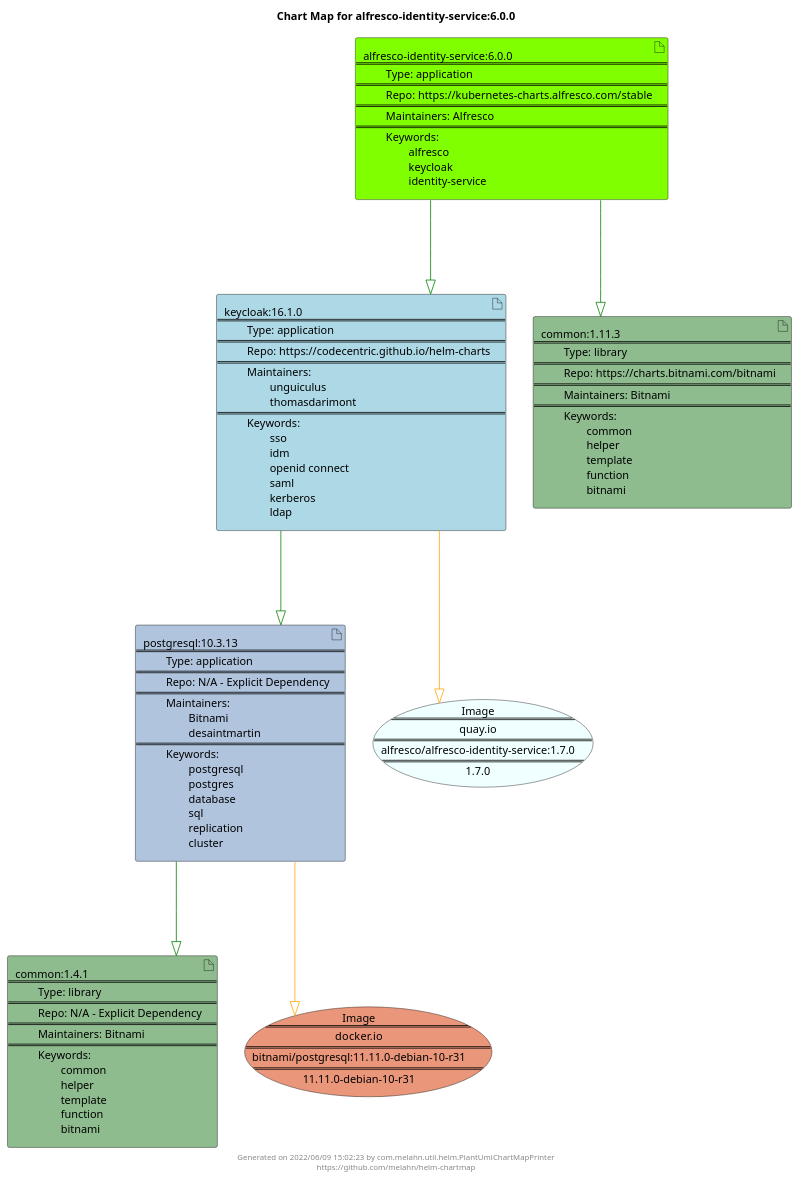
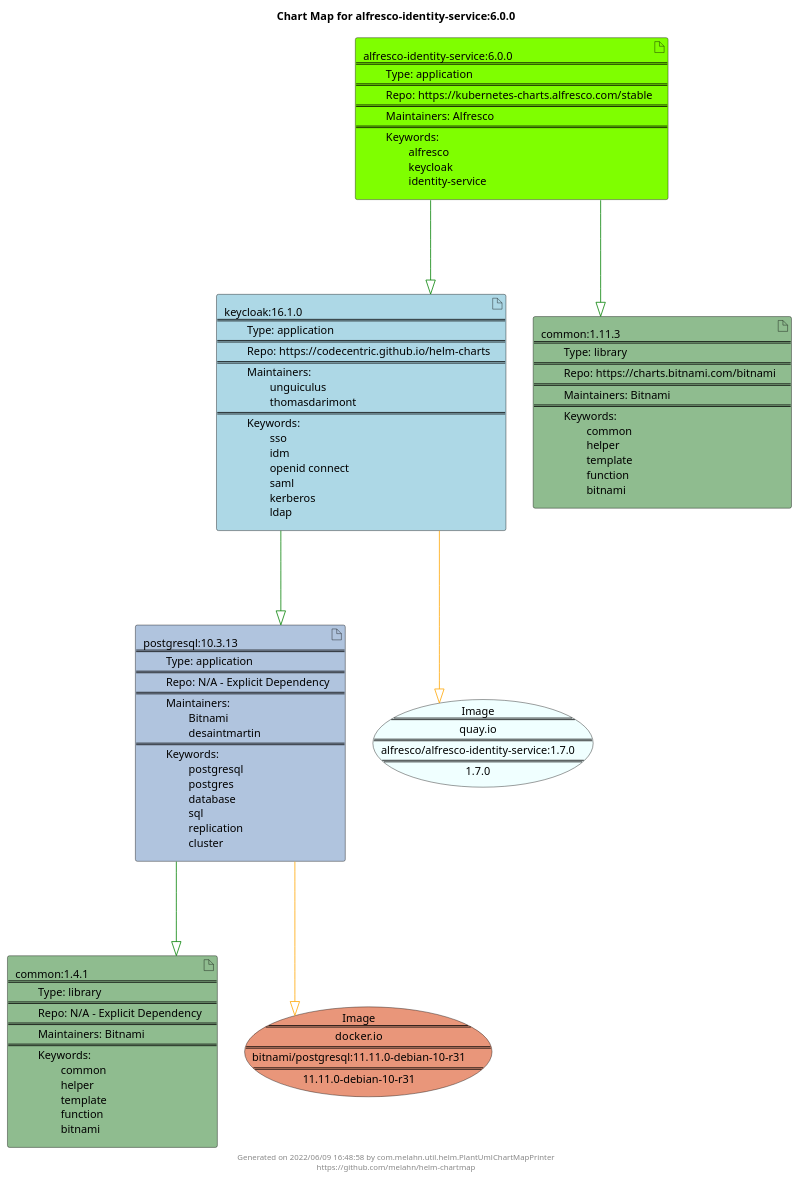
Before and after one commit to melahn/helm-chartmap: the diagram in docs/alfresco-identity-service/alfresco-identity-service-6.0.0.puml, drawn with PlantUML. The commit also changed 59 other files, not shown here.

Commit message:
Update Example Chart Maps as part of GitHub build

```diff
--- a/docs/alfresco-identity-service/alfresco-identity-service-6.0.0.puml
+++ b/docs/alfresco-identity-service/alfresco-identity-service-6.0.0.puml
@@ -1,31 +1,31 @@
 @startuml
 skinparam linetype ortho
 skinparam backgroundColor white
 skinparam usecaseBorderColor black
 skinparam usecaseArrowColor LightSlateGray
 skinparam artifactBorderColor black
 skinparam artifactArrowColor LightSlateGray
 
 title Chart Map for alfresco-identity-service:6.0.0
 
 'There are 5 referenced Helm Charts
 artifact "common:1.4.1\n====\n\tType: library\n====\n\tRepo: N/A - Explicit Dependency\n====\n\tMaintainers: Bitnami\n====\n\tKeywords: \n\t\tcommon\n\t\thelper\n\t\ttemplate\n\t\tfunction\n\t\tbitnami" as common_1_4_1 #DarkSeaGreen
 artifact "keycloak:16.1.0\n====\n\tType: application\n====\n\tRepo: https://codecentric.github.io/helm-charts\n====\n\tMaintainers: \n\t\tunguiculus\n\t\tthomasdarimont\n====\n\tKeywords: \n\t\tsso\n\t\tidm\n\t\topenid connect\n\t\tsaml\n\t\tkerberos\n\t\tldap" as keycloak_16_1_0 #LightBlue
 artifact "postgresql:10.3.13\n====\n\tType: application\n====\n\tRepo: N/A - Explicit Dependency\n====\n\tMaintainers: \n\t\tBitnami\n\t\tdesaintmartin\n====\n\tKeywords: \n\t\tpostgresql\n\t\tpostgres\n\t\tdatabase\n\t\tsql\n\t\treplication\n\t\tcluster" as postgresql_10_3_13 #LightSteelBlue
 artifact "alfresco-identity-service:6.0.0\n====\n\tType: application\n====\n\tRepo: https://kubernetes-charts.alfresco.com/stable\n====\n\tMaintainers: Alfresco\n====\n\tKeywords: \n\t\talfresco\n\t\tkeycloak\n\t\tidentity-service" as alfresco_identity_service_6_0_0 #Chartreuse
 artifact "common:1.11.3\n====\n\tType: library\n====\n\tRepo: https://charts.bitnami.com/bitnami\n====\n\tMaintainers: Bitnami\n====\n\tKeywords: \n\t\tcommon\n\t\thelper\n\t\ttemplate\n\t\tfunction\n\t\tbitnami" as common_1_11_3 #DarkSeaGreen
 
 'There are 2 referenced Docker Images
 usecase "Image\n====\nquay.io\n====\nalfresco/alfresco-identity-service:1.7.0\n====\n1.7.0" as quay_io_alfresco_alfresco_identity_service_1_7_0 #Azure
 usecase "Image\n====\ndocker.io\n====\nbitnami/postgresql:11.11.0-debian-10-r31\n====\n11.11.0-debian-10-r31" as docker_io_bitnami_postgresql_11_11_0_debian_10_r31 #DarkSalmon
 
 'Chart Dependencies
-alfresco_identity_service_6_0_0--[#green]-|>common_1_11_3
 alfresco_identity_service_6_0_0--[#green]-|>keycloak_16_1_0
 keycloak_16_1_0--[#green]-|>postgresql_10_3_13
 postgresql_10_3_13--[#green]-|>common_1_4_1
+alfresco_identity_service_6_0_0--[#green]-|>common_1_11_3
 keycloak_16_1_0--[#orange]-|>quay_io_alfresco_alfresco_identity_service_1_7_0
 postgresql_10_3_13--[#orange]-|>docker_io_bitnami_postgresql_11_11_0_debian_10_r31
 
-center footer Generated on 2022/06/09 15:02:23 by com.melahn.util.helm.PlantUmlChartMapPrinter\nhttps://github.com/melahn/helm-chartmap
+center footer Generated on 2022/06/09 16:48:58 by com.melahn.util.helm.PlantUmlChartMapPrinter\nhttps://github.com/melahn/helm-chartmap
 @enduml
```
